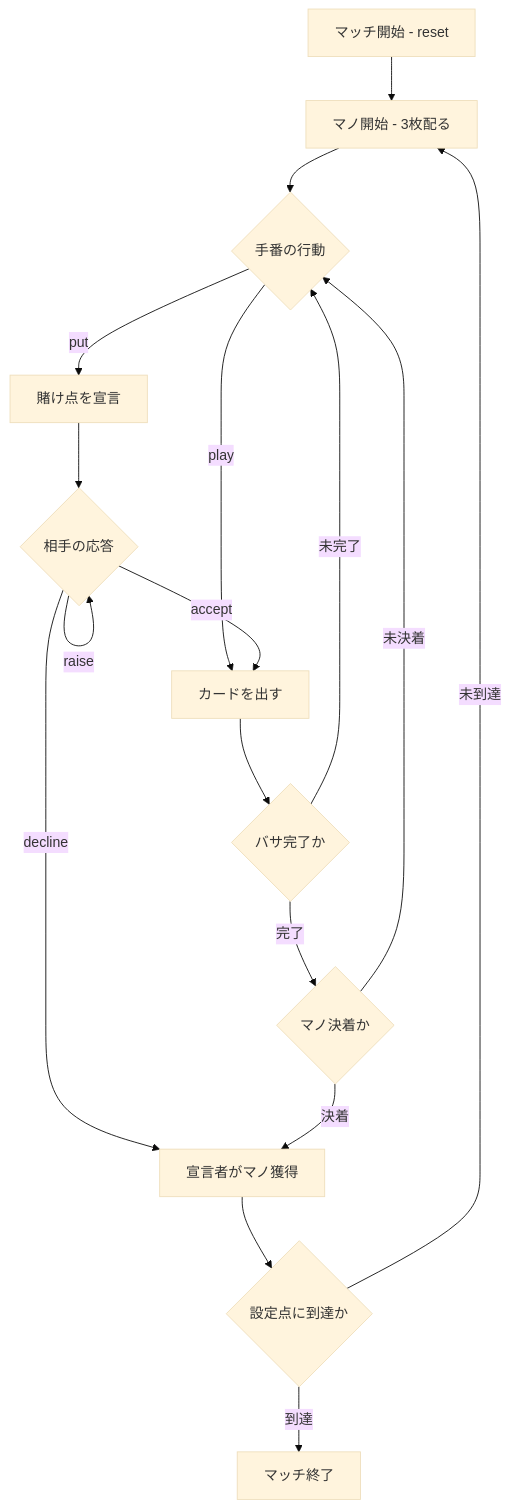
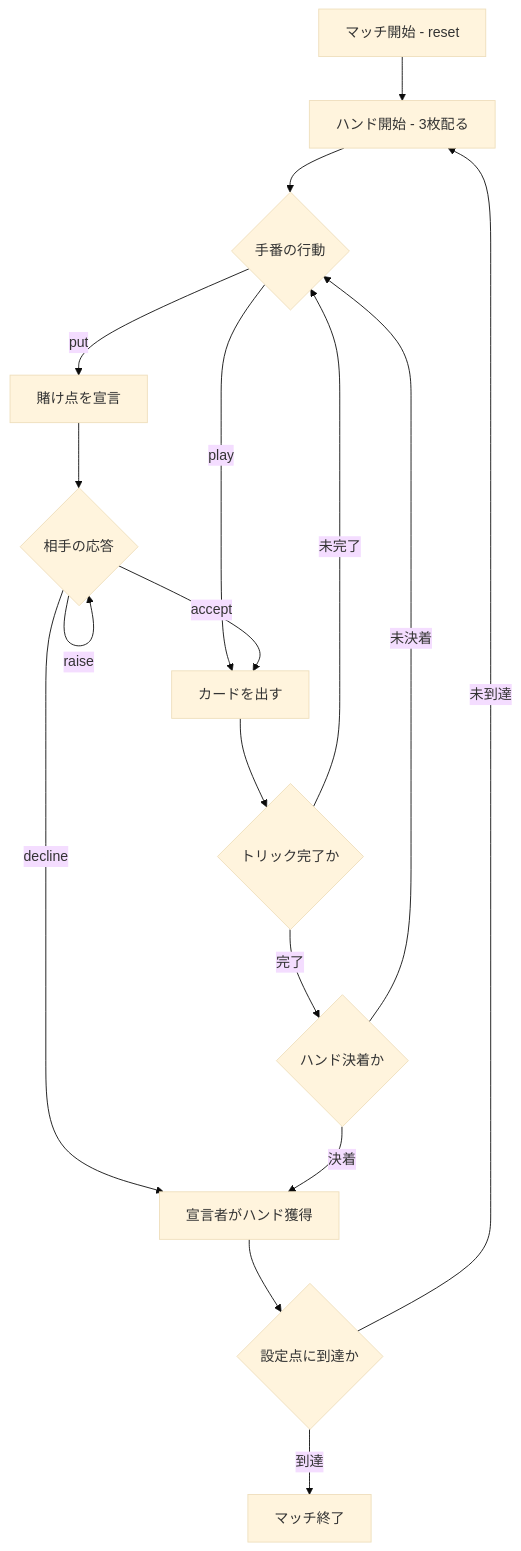
Before and after one commit to yuta-yoshinaga/go_trumpcards: the diagram in docs/manual/cui/put.md, drawn with Mermaid (base theme). The commit also changed other lines of this file and 12 other files, not shown here.

````diff
--- a/docs/manual/cui/put.md
+++ b/docs/manual/cui/put.md
@@ -54,19 +53,19 @@
 ```mermaid
 flowchart TD
-    A[マッチ開始 - reset] --> B[マノ開始 - 3枚配る]
+    A[マッチ開始 - reset] --> B[ハンド開始 - 3枚配る]
     B --> C{手番の行動}
     C -->|play| D[カードを出す]
     C -->|put| E[賭け点を宣言]
     E --> F{相手の応答}
     F -->|accept| D
-    F -->|decline| H[宣言者がマノ獲得]
+    F -->|decline| H[宣言者がハンド獲得]
     F -->|raise| F
-    D --> G{バサ完了か}
+    D --> G{トリック完了か}
     G -->|未完了| C
-    G -->|完了| I{マノ決着か}
+    G -->|完了| I{ハンド決着か}
     I -->|未決着| C
     I -->|決着| H
     H --> J{設定点に到達か}
     J -->|未到達| B
     J -->|到達| K[マッチ終了]
 ```
````
